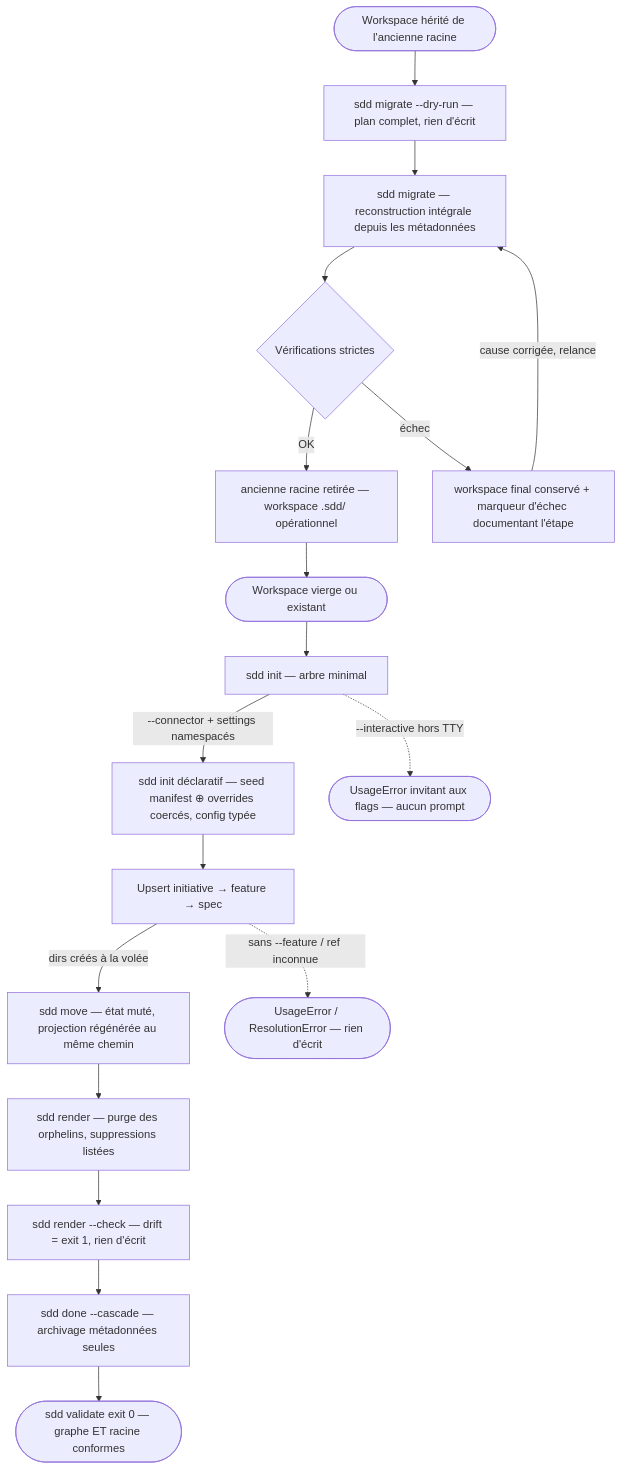
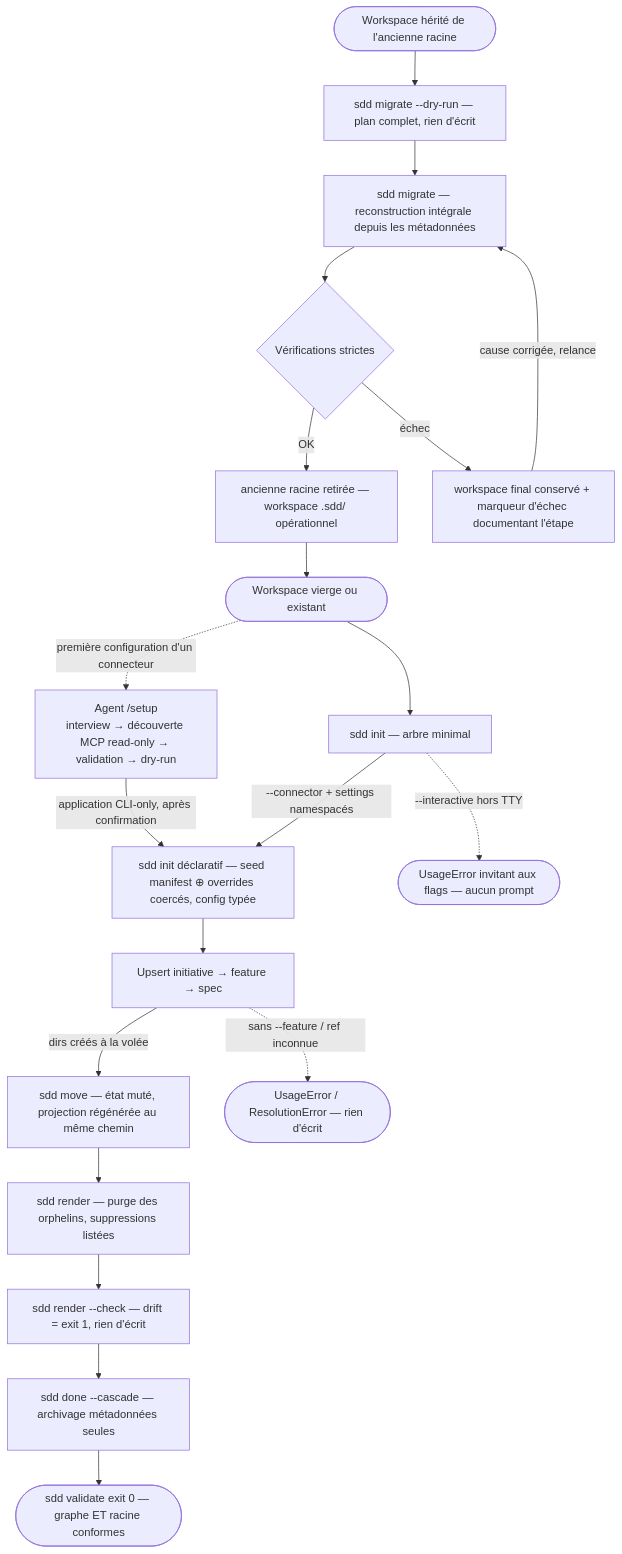
Before and after one commit to ngdo-pro/sdd: the diagram in .sdd/knowledge/domains/spec-model/behavior.md, drawn with Mermaid. The commit also changed other lines of this file and 38 other files, not shown here.

First line of the commit message:
feat(cli): connecteur Linear via MCP + skill /setup (specs 005, 006)

````diff
--- a/.sdd/knowledge/domains/spec-model/behavior.md
+++ b/.sdd/knowledge/domains/spec-model/behavior.md
@@ -26,20 +27,22 @@
 ```mermaid
 flowchart TD
     Legacy([Workspace hérité de l'ancienne racine]) --> Plan[sdd migrate --dry-run — plan complet, rien d'écrit]
     Plan --> Migrate[sdd migrate — reconstruction intégrale depuis les métadonnées]
     Migrate --> Gate{Vérifications strictes}
     Gate -->|OK| Retire[ancienne racine retirée — workspace .sdd/ opérationnel]
     Gate -->|échec| Marker[workspace final conservé + marqueur d'échec documentant l'étape]
     Marker -->|cause corrigée, relance| Migrate
     Retire --> Start
     Start([Workspace vierge ou existant]) --> Init[sdd init — arbre minimal]
+    Start -.->|première configuration d'un connecteur| Setup["Agent /setup<br>interview → découverte MCP read-only → validation → dry-run"]
+    Setup -->|application CLI-only, après confirmation| Decl
     Init -->|--connector + settings namespacés| Decl[sdd init déclaratif — seed manifest ⊕ overrides coercés, config typée]
     Init -.->|--interactive hors TTY| ErrTTY([UsageError invitant aux flags — aucun prompt])
     Decl --> Frame[Upsert initiative → feature → spec]
     Frame -->|dirs créés à la volée| Move[sdd move — état muté, projection régénérée au même chemin]
     Frame -.->|sans --feature / ref inconnue| Err([UsageError / ResolutionError — rien d'écrit])
     Move --> Render[sdd render — purge des orphelins, suppressions listées]
     Render --> Check[sdd render --check — drift = exit 1, rien d'écrit]
     Check --> Done[sdd done --cascade — archivage métadonnées seules]
     Done --> Valid([sdd validate exit 0 — graphe ET racine conformes])
 ```
````
